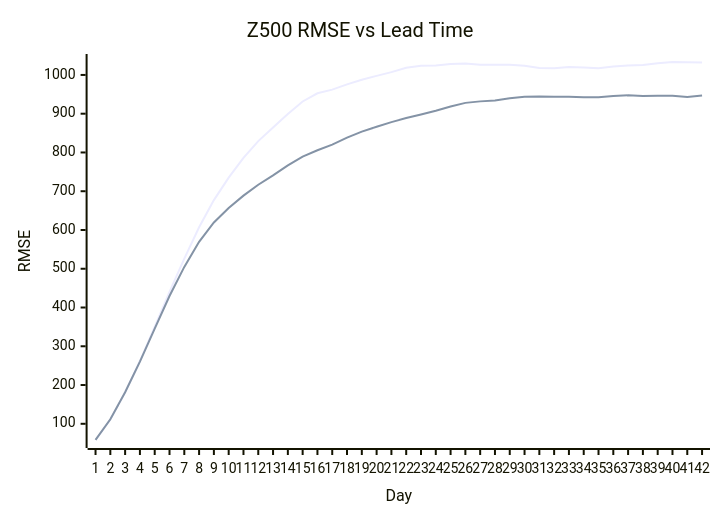
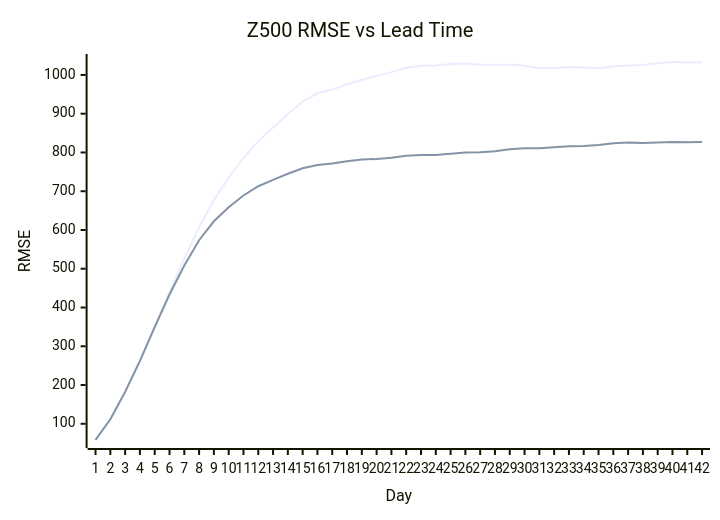
One commit to XMetAI-Lab/xmetai-core changed the diagram in docs/group_vae/README.md. Above: the diagram before and after it, drawn with Mermaid. The commit also changed other lines of this file and 2 other files, not shown here.

````diff
--- a/docs/group_vae/README.md
+++ b/docs/group_vae/README.md
@@ -147,19 +147,19 @@
 ```mermaid
 ---
 config:
     xyChart-beta:
         width: 1024
         showDataLabelOutsideBar: true
         showDataLabel: true
         showTick: true
     themeVariables:
         xyChart-beta:
             titleColor: "#ff0000"
 ---
 xychart-beta
     title "Z500 RMSE vs Lead Time"
     x-axis "Day" [1, 2, 3, 4, 5, 6, 7, 8, 9, 10, 11, 12, 13, 14, 15, 16, 17, 18, 19, 20, 21, 22, 23, 24, 25, 26, 27, 28, 29, 30, 31, 32, 33, 34, 35, 36, 37, 38, 39, 40, 41, 42]
     y-axis "RMSE"
     line "rollout=2" [58.185,110.927,181.302,261.893,350.373,440.273,526.271,606.893,677.093,734.91,785.813,829.374,864.607,899.464,931.553,952.612,962.09,975.724,987.525,997.607,1007.201,1018.602,1023.441,1024.554,1027.937,1029.199,1026.305,1026.065,1026.193,1023.706,1017.886,1017.163,1020.252,1019.469,1017.551,1021.623,1024.504,1025.818,1030.097,1033.385,1032.849,1032.13]
-    line "rollout=10" [58.358,111.558,181.363,260.452,345.559,429.646,504.761,569.463,619.315,656.786,688.613,716.674,740.727,766.511,789.247,805.785,820.363,838.155,853.875,866.396,878.318,888.679,898.083,907.726,918.664,927.935,931.808,934.336,939.925,943.49,944.121,943.473,943.472,942.168,942.287,945.947,947.492,945.747,946.361,946.195,943.329,947.028]
+    line "rollout=20" [58.698,111.73,182.4,262.336,349.422,433.52,508.282,573.676,622.459,658.413,688.951,712.943,729.36,745.136,759.273,767.669,771.289,777.402,781.826,783.137,786.266,791.324,793.442,793.236,796.472,799.913,800.485,803.177,808.347,810.768,811.018,813.51,815.964,816.485,819.435,823.732,825.483,824.583,825.506,827.032,826.029,827.011]
 ```
````
